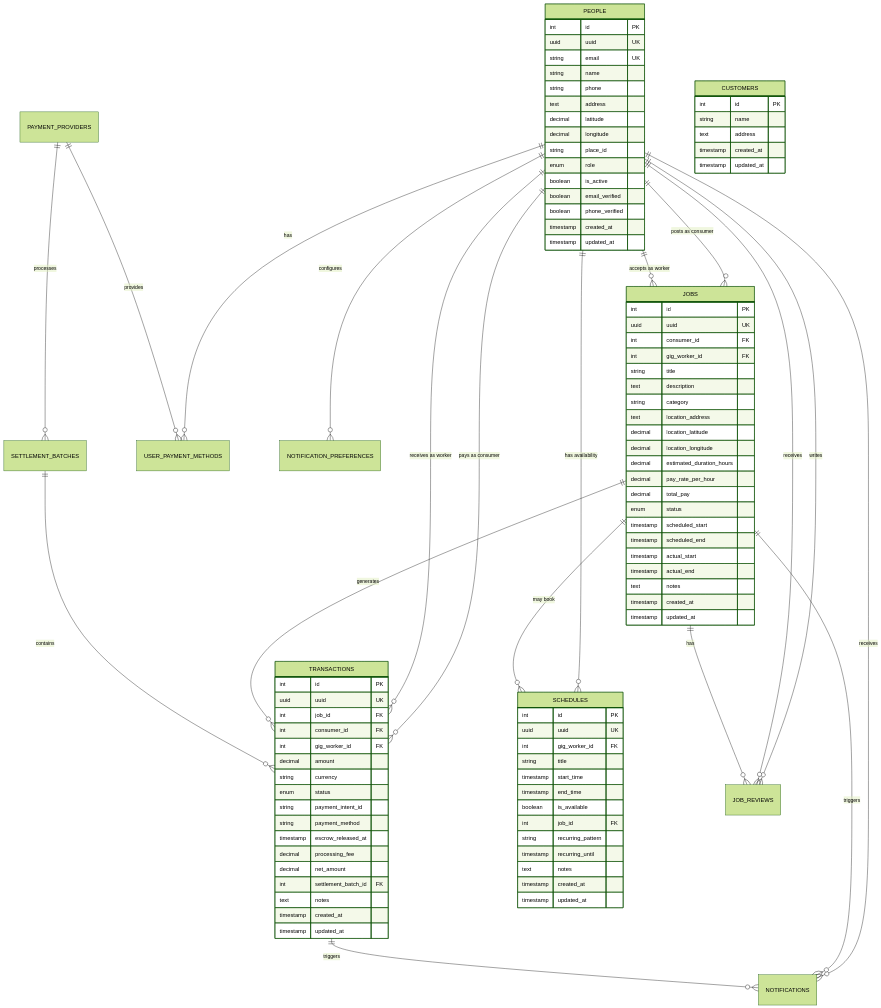
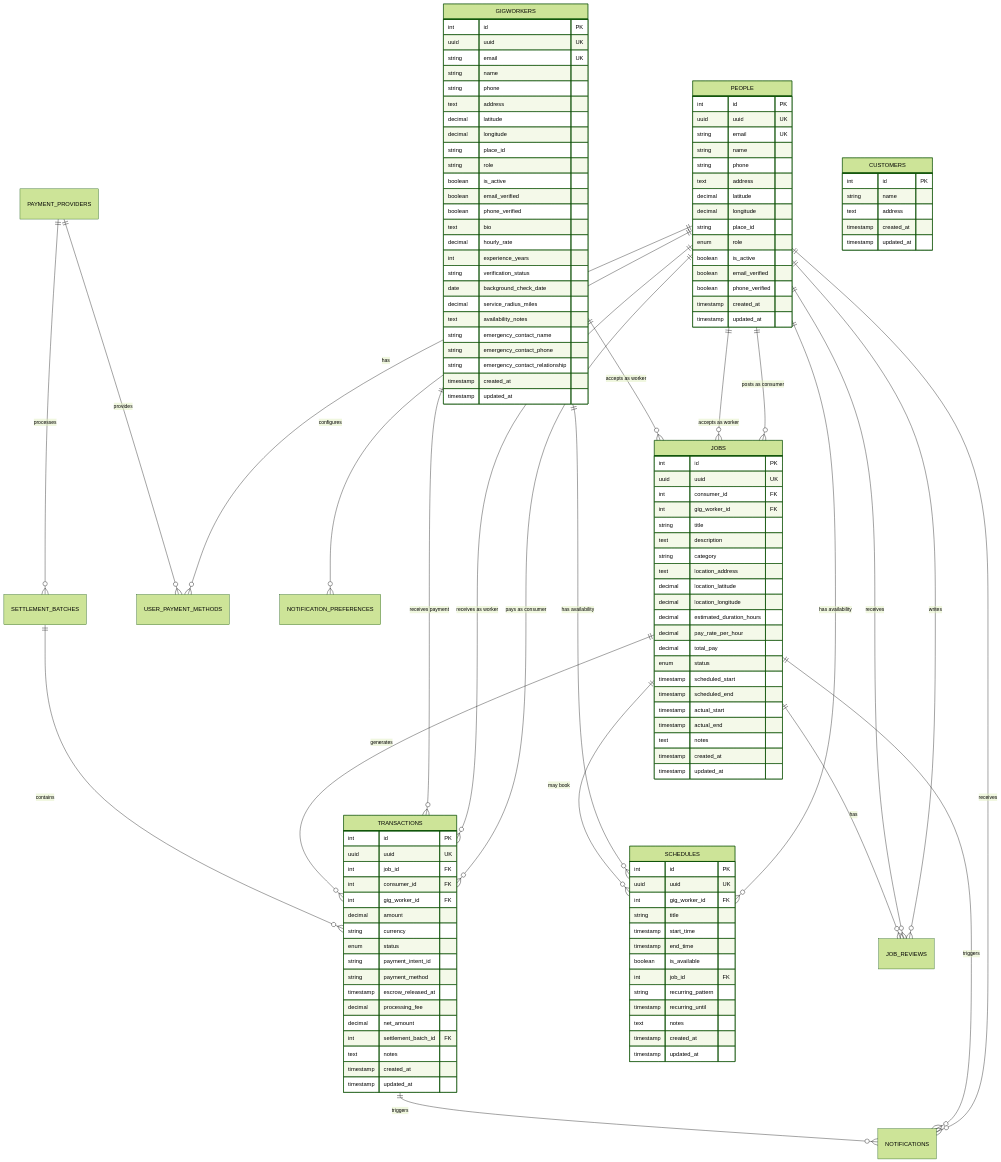
The second of 5 diagrams in app-arch.md (fletchmor/GigLy-GigCo-App), drawn with Mermaid (forest theme) before and after one commit. The commit also changed other lines of this file, not shown here.

Commit message:
Updated the app-arch.md file

````diff
--- a/app-arch.md
+++ b/app-arch.md
@@ -79,6 +79,10 @@
     PEOPLE ||--o{ NOTIFICATION_PREFERENCES : "configures"
     PEOPLE ||--o{ JOB_REVIEWS : "writes"
     PEOPLE ||--o{ JOB_REVIEWS : "receives"
+    
+    GIGWORKERS ||--o{ JOBS : "accepts as worker"
+    GIGWORKERS ||--o{ TRANSACTIONS : "receives payment"
+    GIGWORKERS ||--o{ SCHEDULES : "has availability"
     
     JOBS ||--o{ TRANSACTIONS : "generates"
     JOBS ||--o{ JOB_REVIEWS : "has"
@@ -177,4 +181,32 @@
         timestamp created_at
         timestamp updated_at
     }
+
+    GIGWORKERS {
+        int id PK
+        uuid uuid UK
+        string email UK
+        string name
+        string phone
+        text address
+        decimal latitude
+        decimal longitude
+        string place_id
+        string role
+        boolean is_active
+        boolean email_verified
+        boolean phone_verified
+        text bio
+        decimal hourly_rate
+        int experience_years
+        string verification_status
+        date background_check_date
+        decimal service_radius_miles
+        text availability_notes
+        string emergency_contact_name
+        string emergency_contact_phone
+        string emergency_contact_relationship
+        timestamp created_at
+        timestamp updated_at
+    }
 ```
````
